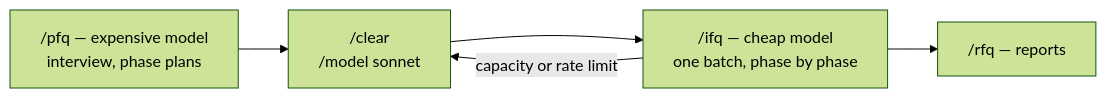
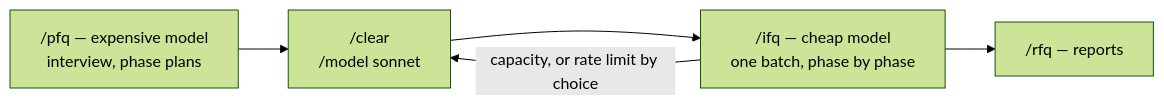
The first of 4 diagrams in claude/plugins/cfq/README.md (gumbaldi/magicbox), drawn with Mermaid (forest theme) before and after one commit. The commit also changed other lines of this file and 7 other files, not shown here.

First line of the commit message:
Warn instead of ending the session on a rate-limit or unresolvable context hit in /ifq

````diff
--- a/claude/plugins/cfq/README.md
+++ b/claude/plugins/cfq/README.md
@@ -7,7 +7,7 @@
 ```mermaid
 flowchart LR
   A["/pfq — expensive model<br/>interview, phase plans"] --> B["/clear<br/>/model sonnet"]
   B --> C["/ifq — cheap model<br/>one batch, phase by phase"]
   C --> D["/rfq — reports"]
-  C -->|"capacity or rate limit"| B
+  C -->|"capacity, or rate limit by choice"| B
 ```
````
